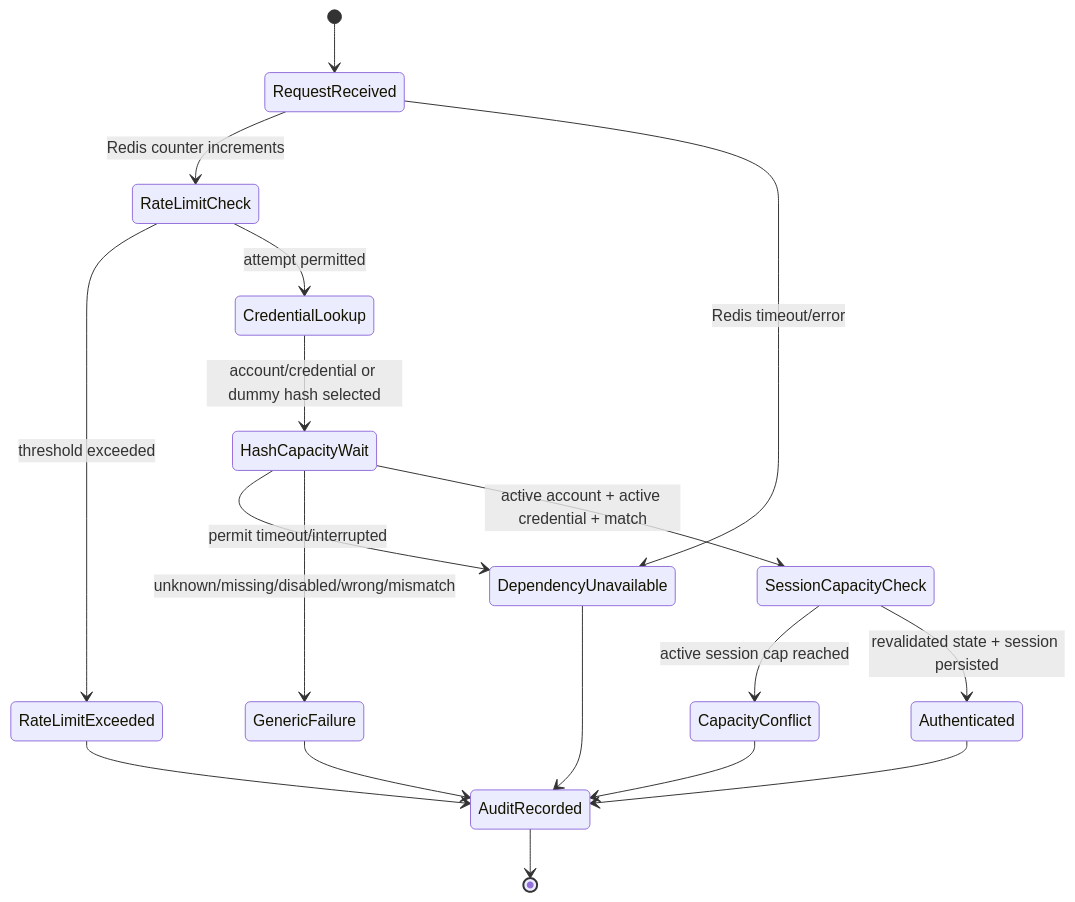
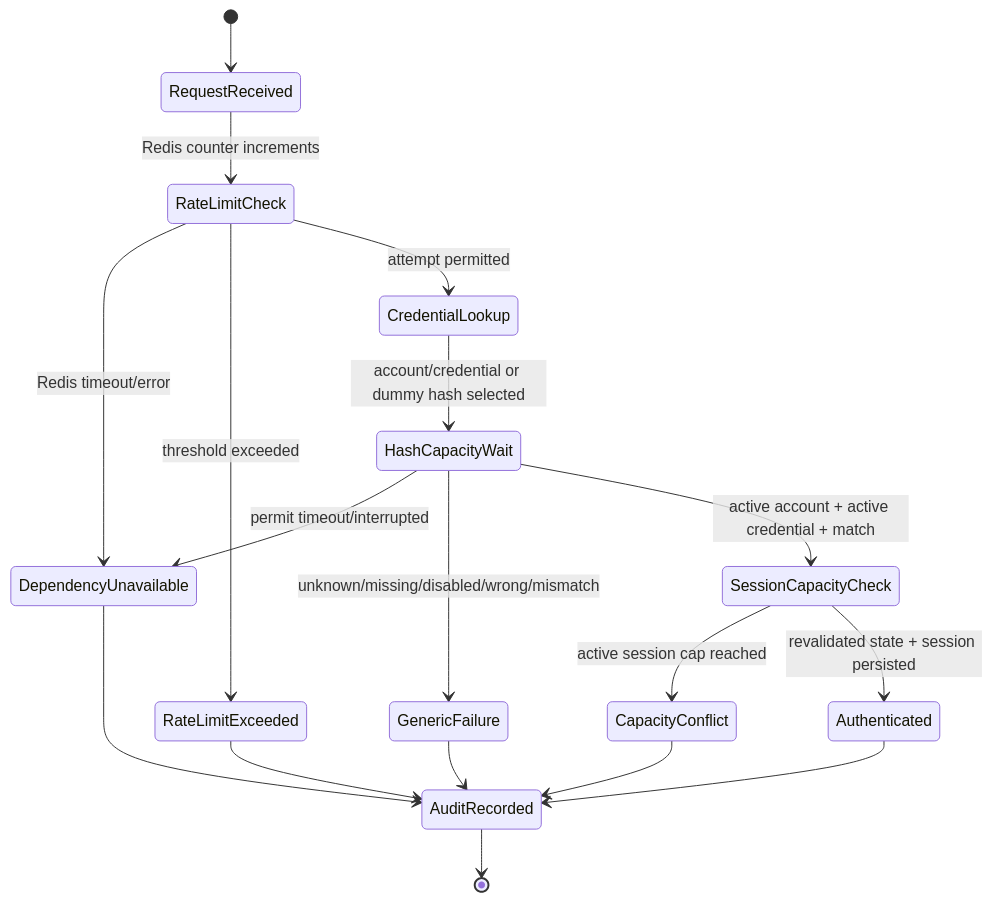
Before and after one commit to tdespenza/lifeos: the fourth of 4 diagrams in docs/diagrams/identity-login.md, drawn with Mermaid. The commit also changed 6 other files, not shown here.

````diff
--- a/docs/diagrams/identity-login.md
+++ b/docs/diagrams/identity-login.md
@@ -100,20 +100,20 @@
 ```mermaid
 stateDiagram-v2
     [*] --> RequestReceived
     RequestReceived --> RateLimitCheck : Redis counter increments
-    RequestReceived --> DependencyUnavailable : Redis timeout/error
+    RateLimitCheck --> DependencyUnavailable : Redis timeout/error
     RateLimitCheck --> RateLimitExceeded : threshold exceeded
     RateLimitCheck --> CredentialLookup : attempt permitted
     CredentialLookup --> HashCapacityWait : account/credential or dummy hash selected
     HashCapacityWait --> DependencyUnavailable : permit timeout/interrupted
     HashCapacityWait --> GenericFailure : unknown/missing/disabled/wrong/mismatch
     HashCapacityWait --> SessionCapacityCheck : active account + active credential + match
     SessionCapacityCheck --> CapacityConflict : active session cap reached
     SessionCapacityCheck --> Authenticated : revalidated state + session persisted
     Authenticated --> AuditRecorded
     GenericFailure --> AuditRecorded
     RateLimitExceeded --> AuditRecorded
     DependencyUnavailable --> AuditRecorded
     CapacityConflict --> AuditRecorded
     AuditRecorded --> [*]
 ```
````
